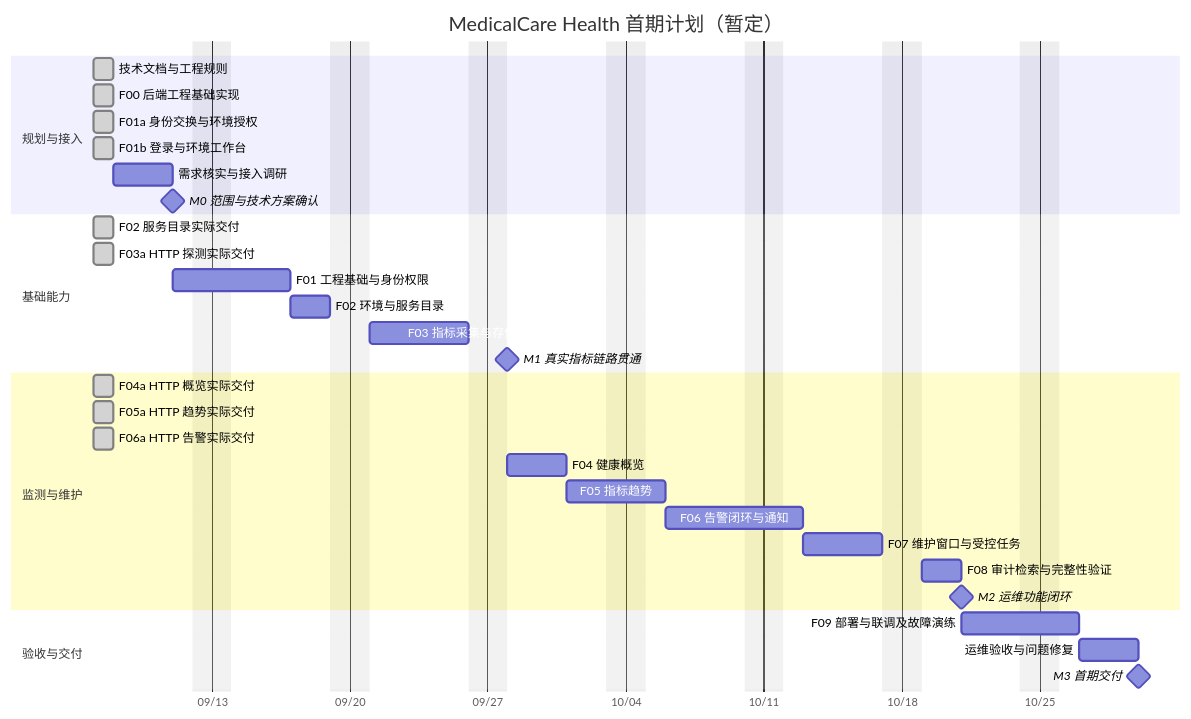
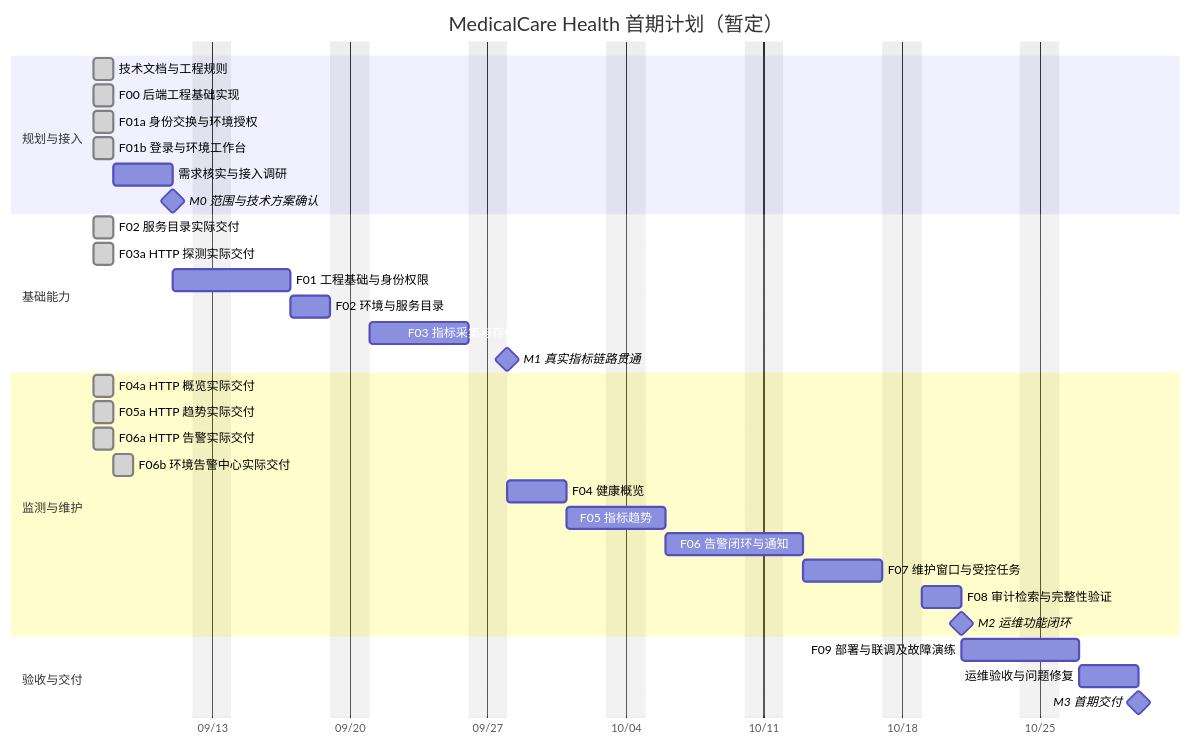
Before and after one commit to lafie-s/MedicalCare_Health: the diagram in docs/project-plan.md, drawn with Mermaid. The commit also changed other lines of this file and 16 other files, not shown here.

````diff
--- a/docs/project-plan.md
+++ b/docs/project-plan.md
@@ -13,35 +13,36 @@
 ```mermaid
 gantt
     title MedicalCare Health 首期计划（暂定）
     dateFormat YYYY-MM-DD
     axisFormat %m/%d
     excludes weekends
     section 规划与接入
     技术文档与工程规则              :done, docs, 2026-09-07, 1d
     F00 后端工程基础实现           :done, f00, 2026-09-07, 1d
     F01a 身份交换与环境授权        :done, f01a, 2026-09-07, 1d
     F01b 登录与环境工作台          :done, f01b, 2026-09-07, 1d
     需求核实与接入调研              :a0, 2026-09-08, 3d
     M0 范围与技术方案确认           :milestone, m0, after a0, 0d
     section 基础能力
     F02 服务目录实际交付           :done, f02actual, 2026-09-07, 1d
     F03a HTTP 探测实际交付         :done, f03actual, 2026-09-07, 1d
     F01 工程基础与身份权限          :a1, after m0, 4d
     F02 环境与服务目录              :a2, after a1, 2d
     F03 指标采集与存储接入          :a3, after a2, 5d
     M1 真实指标链路贯通             :milestone, m1, after a3, 0d
     section 监测与维护
     F04a HTTP 概览实际交付         :done, f04actual, 2026-09-07, 1d
     F05a HTTP 趋势实际交付         :done, f05actual, 2026-09-07, 1d
     F06a HTTP 告警实际交付         :done, f06actual, 2026-09-07, 1d
+    F06b 环境告警中心实际交付     :done, f06bactual, 2026-09-08, 1d
     F04 健康概览                   :a4, after m1, 3d
     F05 指标趋势                   :a5, after a4, 3d
     F06 告警闭环与通知              :a6, after a5, 5d
     F07 维护窗口与受控任务          :a7, after a6, 4d
     F08 审计检索与完整性验证        :a8, after a7, 2d
     M2 运维功能闭环                :milestone, m2, after a8, 0d
     section 验收与交付
     F09 部署与联调及故障演练        :a9, after m2, 4d
     运维验收与问题修复              :a10, after a9, 3d
     M3 首期交付                    :milestone, m3, after a10, 0d
 ```
````
